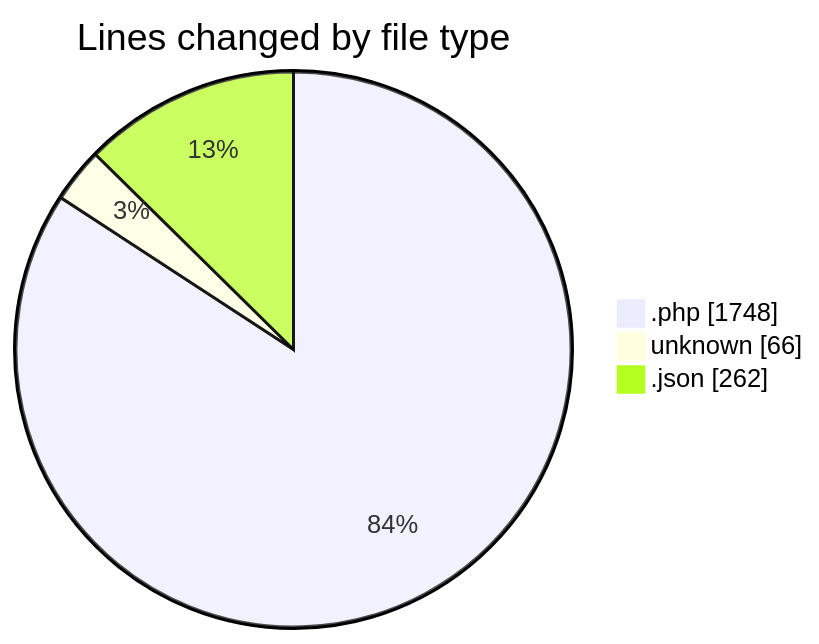
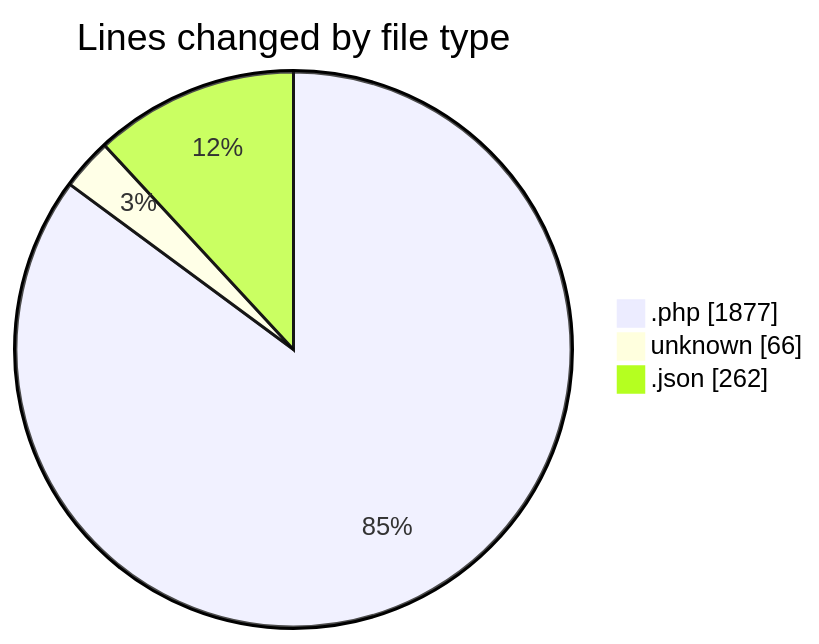
One commit to idhammustaqopulfikri/code-tracking changed the first of 2 diagrams in 2025-10-05/lapangan-futsal/README.md. Above: the diagram before and after it, drawn with Mermaid. The commit also changed other lines of this file and 1 other file, not shown here.

````diff
--- a/2025-10-05/lapangan-futsal/README.md
+++ b/2025-10-05/lapangan-futsal/README.md
@@ -41,7 +42,7 @@
 ```mermaid
 pie showData
 title Lines changed by file type
-".php" : 1748
+".php" : 1877
 "unknown" : 66
 ".json" : 262
 ```
````
